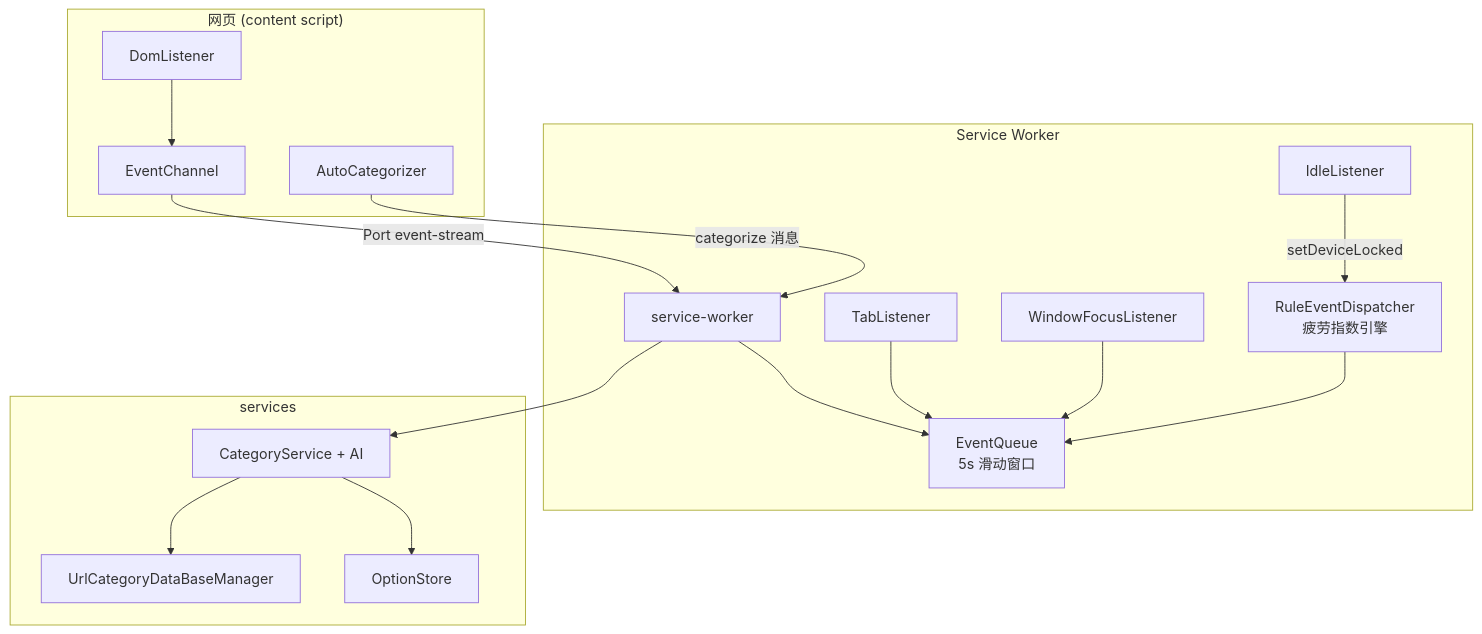
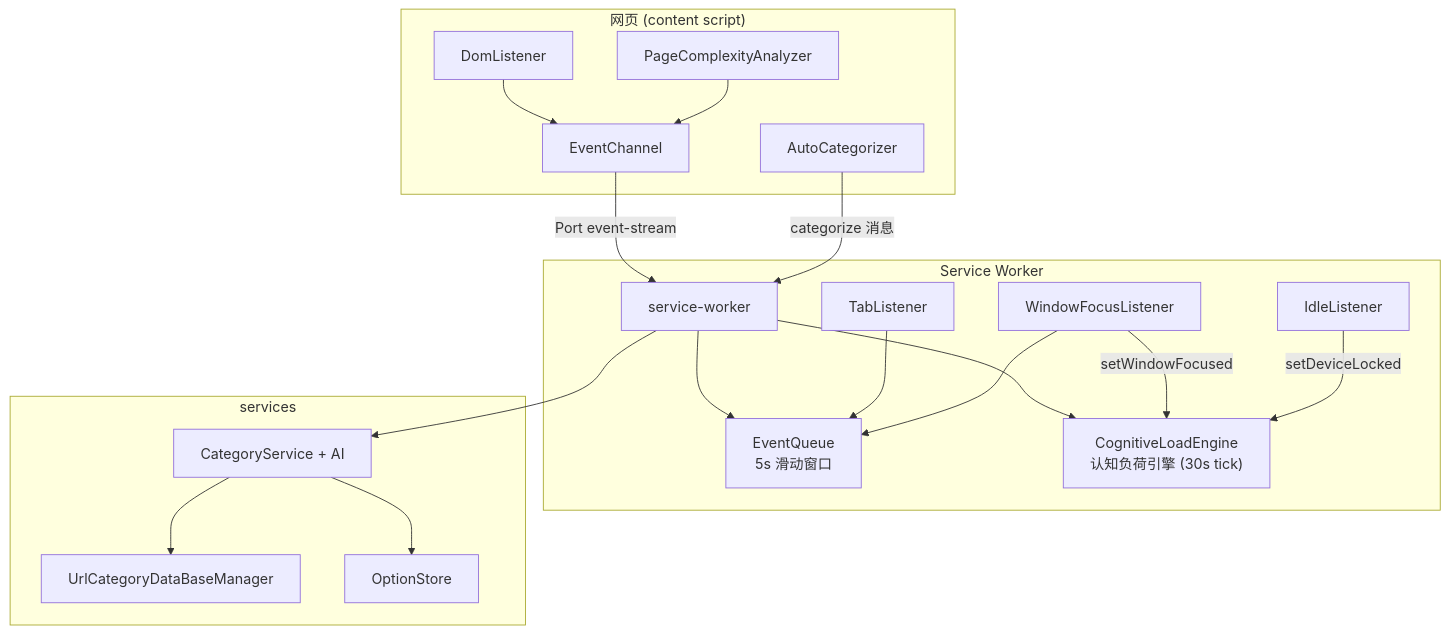
Before and after one commit to MingxuanGame/BrainRest: the diagram in .qoder/repowiki/zh/content/架构设计/架构设计.md, drawn with Mermaid. The commit also changed other lines of this file and 70 other files, not shown here.

````diff
--- a/.qoder/repowiki/zh/content/架构设计/架构设计.md
+++ b/.qoder/repowiki/zh/content/架构设计/架构设计.md
@@ -37,27 +43,29 @@
 ```mermaid
 graph TB
 subgraph Page["网页 (content script)"]
 DL["DomListener"] --> EC["EventChannel"]
+PCA["PageComplexityAnalyzer"] --> EC
 AC["AutoCategorizer"]
 end
 subgraph BG["Service Worker"]
 SW["service-worker"]
 Q["EventQueue<br/>5s 滑动窗口"]
-D["RuleEventDispatcher<br/>疲劳指数引擎"]
+E["CognitiveLoadEngine<br/>认知负荷引擎 (30s tick)"]
 TL["TabListener"]
 WL["WindowFocusListener"]
 IL["IdleListener"]
 end
 subgraph SVC["services"]
 CS["CategoryService + AI"]
 UDB["UrlCategoryDataBaseManager"]
 OS["OptionStore"]
 end
 EC -->|Port event-stream| SW --> Q
+SW --> E
 TL --> Q
 WL --> Q
-IL -->|setDeviceLocked| D
-D --> Q
+WL -->|setWindowFocused| E
+IL -->|setDeviceLocked| E
 AC -->|categorize 消息| SW --> CS --> UDB
 CS --> OS
 ```
````
